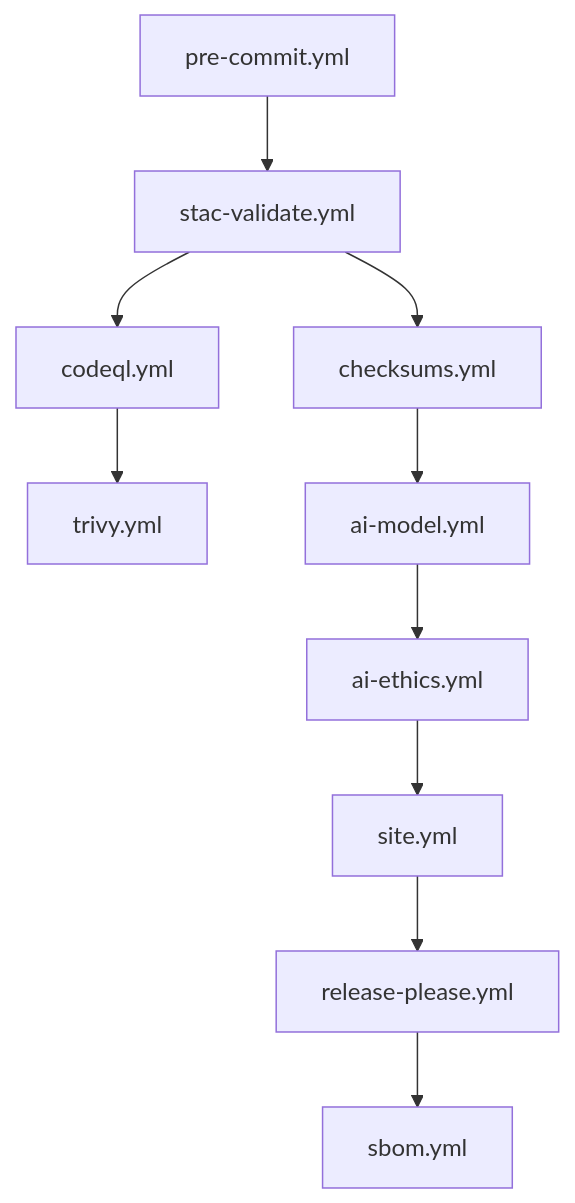
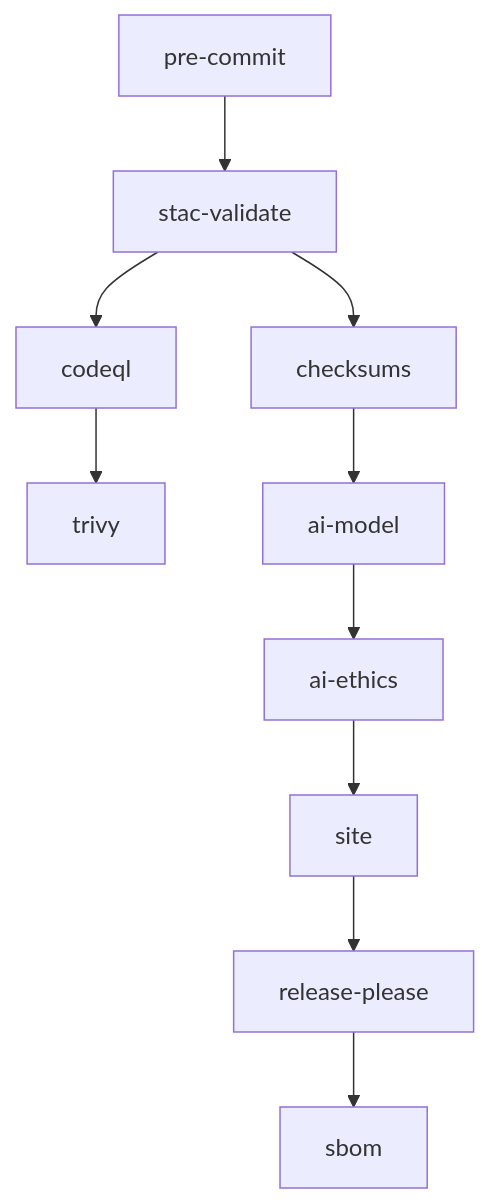
One commit to bartytime4life/Kansas-Frontier-Matrix changed the third of 3 diagrams in .github/README.md. Above: the diagram before and after it, drawn with Mermaid. The commit also changed other lines of this file, not shown here.

````diff
--- a/.github/README.md
+++ b/.github/README.md
@@ -140,12 +169,12 @@
 ```mermaid
 graph TD
-  A["pre-commit.yml"] --> B["stac-validate.yml"]
-  B --> C["checksums.yml"]
-  B --> D["codeql.yml"]
-  D --> E["trivy.yml"]
-  C --> F["ai-model.yml"]
-  F --> G["ai-ethics.yml"]
-  G --> H["site.yml"]
-  H --> I["release-please.yml"]
-  I --> J["sbom.yml"]
+  A["pre-commit"] --> B["stac-validate"]
+  B --> C["checksums"]
+  B --> D["codeql"]
+  D --> E["trivy"]
+  C --> F["ai-model"]
+  F --> G["ai-ethics"]
+  G --> H["site"]
+  H --> I["release-please"]
+  I --> J["sbom"]
 ```
````
